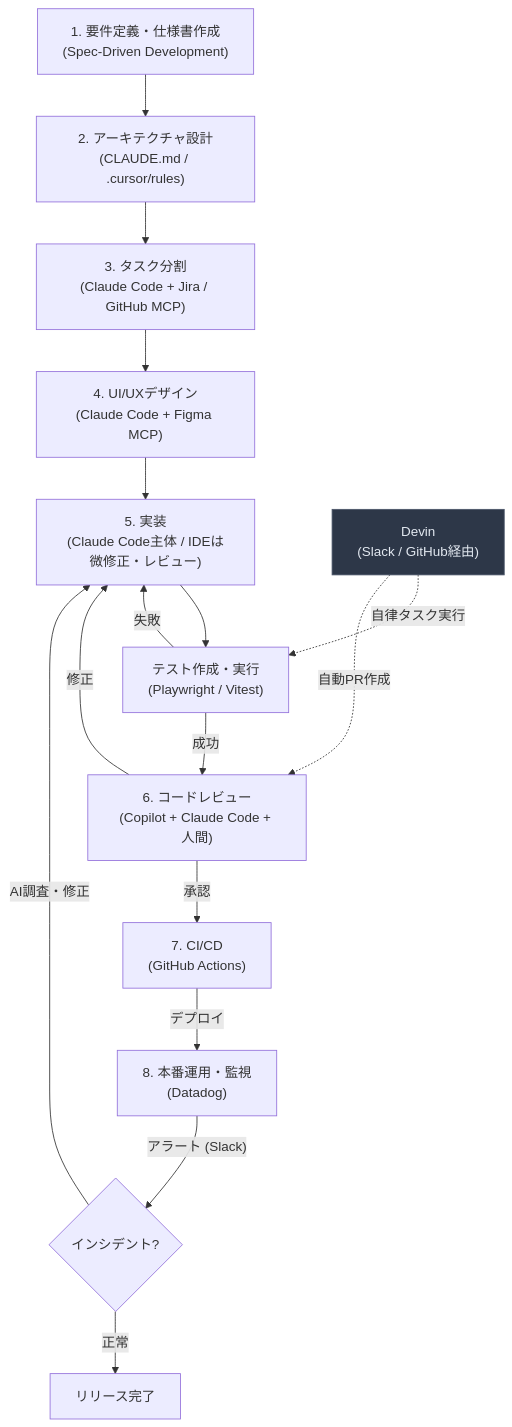
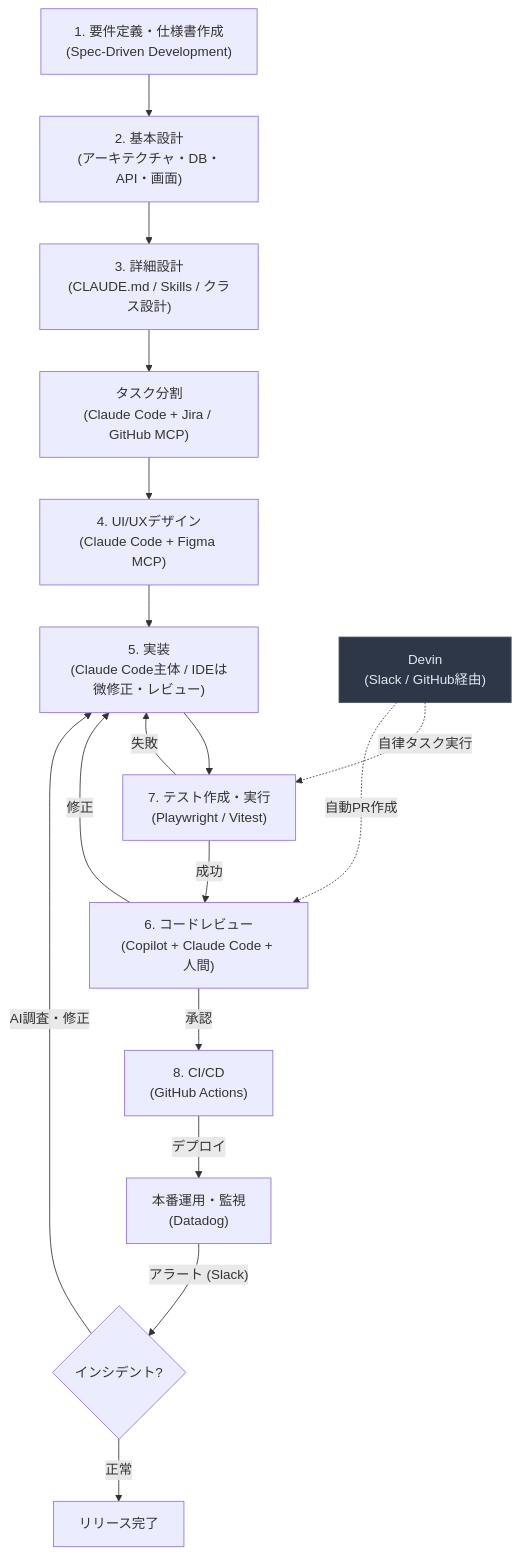
Before and after one commit to takuma39/ai: the fifth of 28 diagrams in AI駆動開発.md, drawn with Mermaid. The commit also changed other lines of this file, not shown here.

````diff
--- a/AI駆動開発.md
+++ b/AI駆動開発.md
@@ -172,20 +172,21 @@
 ```mermaid
 flowchart TD
-    A["1. 要件定義・仕様書作成<br/>(Spec-Driven Development)"] --> B["2. アーキテクチャ設計<br/>(CLAUDE.md / .cursor/rules)"]
-    B --> TS["3. タスク分割<br/>(Claude Code + Jira / GitHub MCP)"]
+    A["1. 要件定義・仕様書作成<br/>(Spec-Driven Development)"] --> B["2. 基本設計<br/>(アーキテクチャ・DB・API・画面)"]
+    B --> B2["3. 詳細設計<br/>(CLAUDE.md / Skills / クラス設計)"]
+    B2 --> TS["タスク分割<br/>(Claude Code + Jira / GitHub MCP)"]
     TS --> C["4. UI/UXデザイン<br/>(Claude Code + Figma MCP)"]
     C --> D["5. 実装<br/>(Claude Code主体 / IDEは微修正・レビュー)"]
-    D --> T["テスト作成・実行<br/>(Playwright / Vitest)"]
+    D --> T["7. テスト作成・実行<br/>(Playwright / Vitest)"]
     T -->|"失敗"| D
     T -->|"成功"| E["6. コードレビュー<br/>(Copilot + Claude Code + 人間)"]
     E -->|修正| D
-    E -->|承認| F["7. CI/CD<br/>(GitHub Actions)"]
-    F -->|デプロイ| G["8. 本番運用・監視<br/>(Datadog)"]
+    E -->|承認| F["8. CI/CD<br/>(GitHub Actions)"]
+    F -->|デプロイ| G["本番運用・監視<br/>(Datadog)"]
     G -->|"アラート (Slack)"| H{"インシデント?"}
     H -->|"AI調査・修正"| D
     H -->|"正常"| I["リリース完了"]
 
     D2["Devin<br/>(Slack / GitHub経由)"] -.->|"自律タスク実行"| T
     D2 -.->|"自動PR作成"| E
     style D2 fill:#2d3748,stroke:#4a5568,color:#e2e8f0
 ```
````
